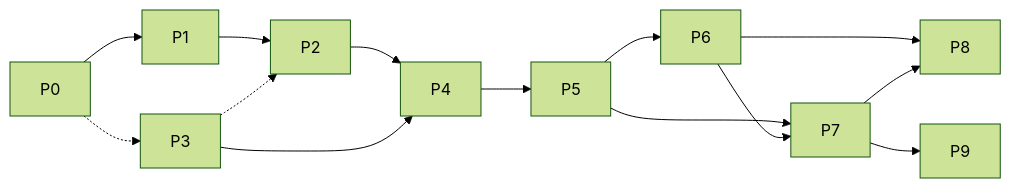
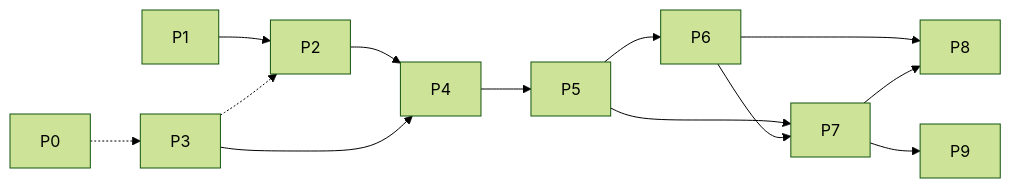
One commit to Crown-OS/crownos-visual-context-engine changed the diagram in docs/08-implementation-plan.md. Above: the diagram before and after it, drawn with Mermaid (forest theme). The commit also changed other lines of this file and 7 other files, not shown here.

````diff
--- a/docs/08-implementation-plan.md
+++ b/docs/08-implementation-plan.md
@@ -175,10 +174,10 @@
 ```mermaid
 flowchart LR
-  P0 --> P1 --> P2 --> P4 --> P5 --> P6 --> P8
+  P1 --> P2 --> P4 --> P5 --> P6 --> P8
   P0 -.-> P3
   P3 -.-> P2
   P3 --> P4
   P5 --> P7
   P6 --> P7 --> P9
   P7 --> P8
 ```
````
